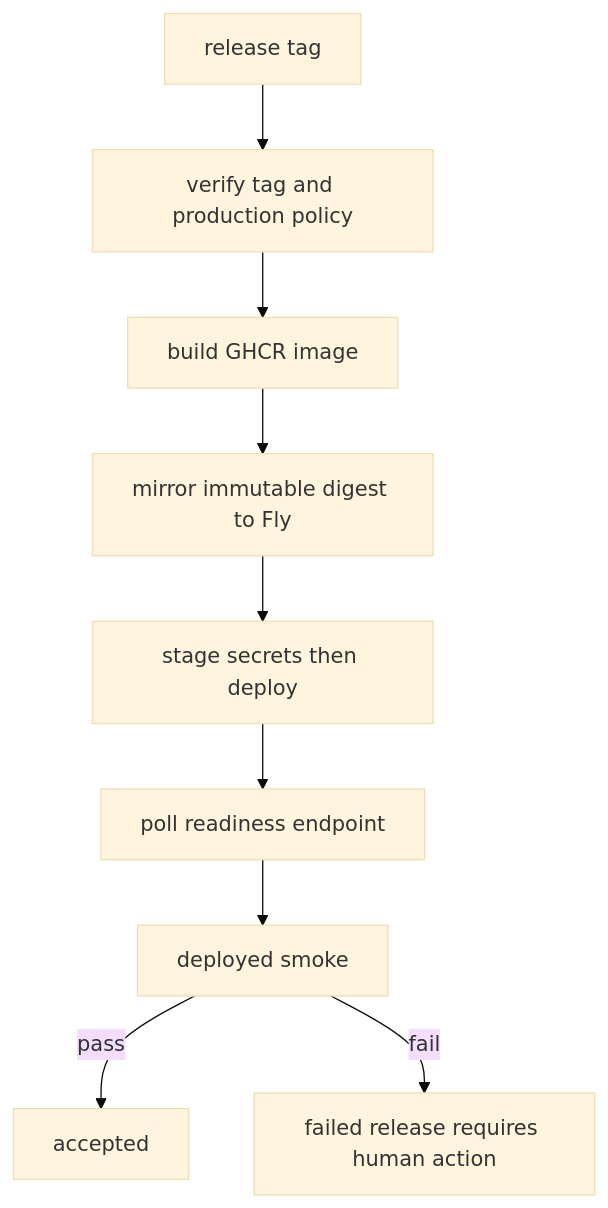
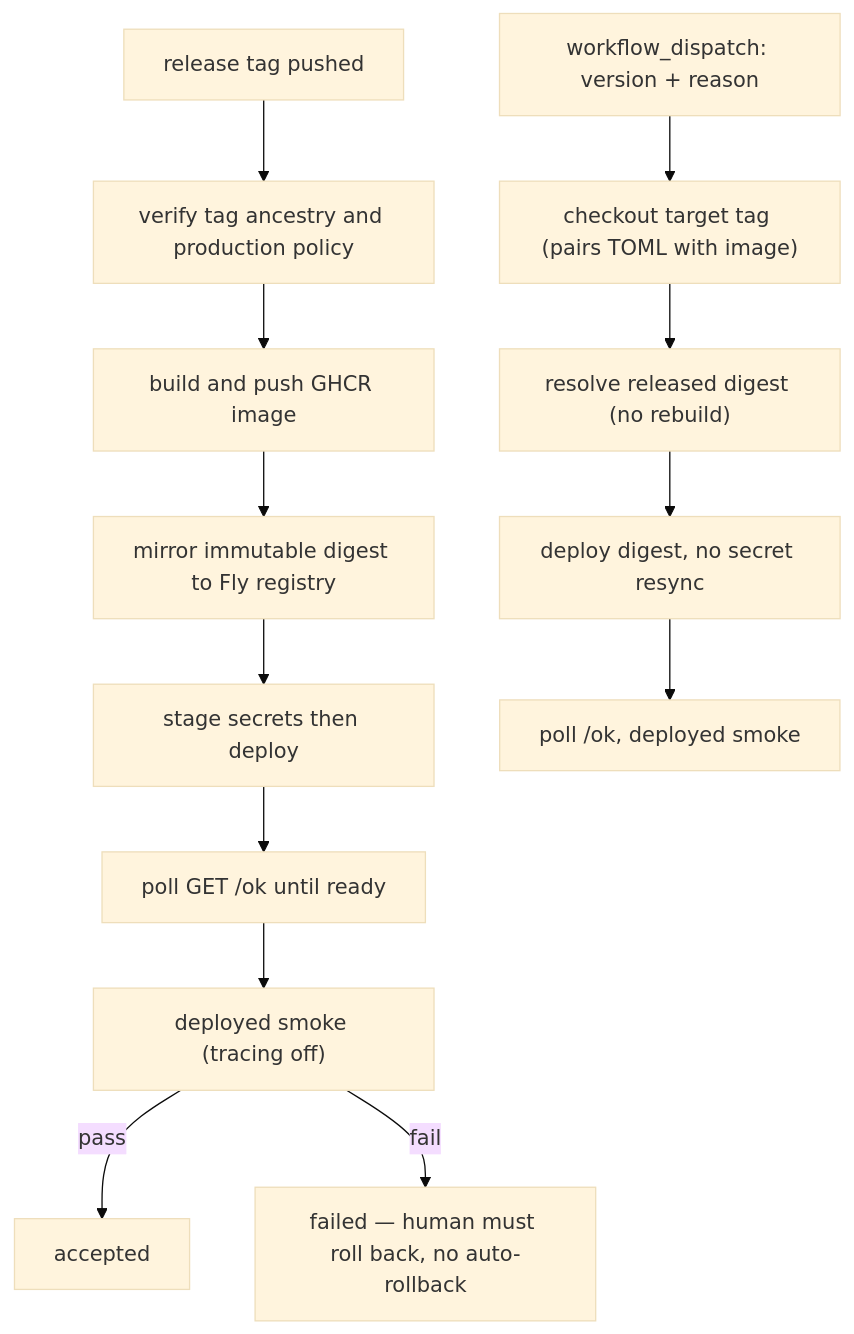
The diagram in openwiki/operations/deploy.md (siddicky/healthcare-rag-langgraph), drawn with Mermaid (base theme) before and after one commit. The commit also changed other lines of this file and 45 other files, not shown here.

````diff
--- a/openwiki/operations/deploy.md
+++ b/openwiki/operations/deploy.md
@@ -72,11 +81,16 @@
 ```mermaid
 flowchart TD
-  T["release tag"] --> V["verify tag and production policy"]
-  V --> B["build GHCR image"]
-  B --> M["mirror immutable digest to Fly"]
+  T["release tag pushed"] --> V["verify tag ancestry and production policy"]
+  V --> B["build and push GHCR image"]
+  B --> M["mirror immutable digest to Fly registry"]
   M --> S["stage secrets then deploy"]
-  S --> R["poll readiness endpoint"]
-  R --> SM["deployed smoke"]
+  S --> R["poll GET /ok until ready"]
+  R --> SM["deployed smoke (tracing off)"]
   SM -->|"pass"| A["accepted"]
-  SM -->|"fail"| F["failed release requires human action"]
+  SM -->|"fail"| F["failed — human must roll back, no auto-rollback"]
+
+  DR["workflow_dispatch: version + reason"] --> RC["checkout target tag (pairs TOML with image)"]
+  RC --> RR["resolve released digest (no rebuild)"]
+  RR --> RD["deploy digest, no secret resync"]
+  RD --> RP["poll /ok, deployed smoke"]
 ```
````
